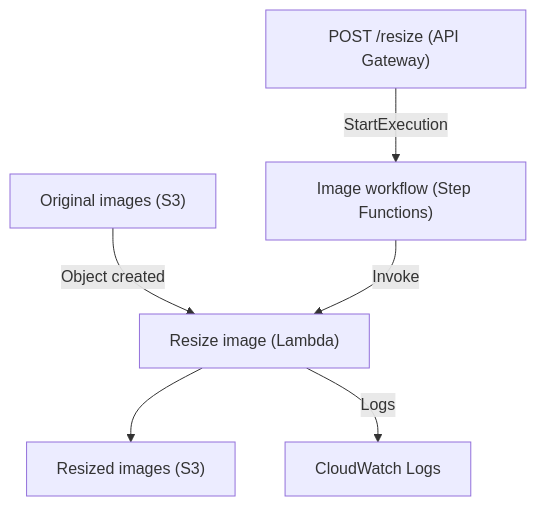
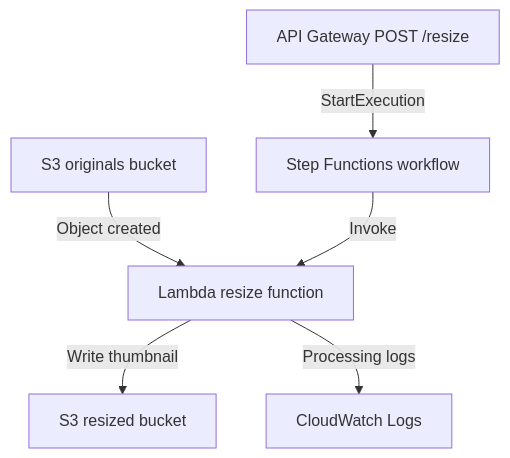
The diagram in README.md (Kiddo0916/bcaa-capstone), drawn with Mermaid before and after one commit. The commit also changed other lines of this file, not shown here.

First line of the commit message:
Revise README for clarity on image processing

````diff
--- a/README.md
+++ b/README.md
@@ -10,8 +10,8 @@
 ```mermaid
 flowchart TD
-    Original["Original images (S3)"] -->|Object created| Lambda["Resize image (Lambda)"]
-    API["POST /resize (API Gateway)"] -->|StartExecution| Workflow["Image workflow (Step Functions)"]
+    Original["S3 originals bucket"] -->|Object created| Lambda["Lambda resize function"]
+    API["API Gateway POST /resize"] -->|StartExecution| Workflow["Step Functions workflow"]
     Workflow -->|Invoke| Lambda
-    Lambda --> Resized["Resized images (S3)"]
-    Lambda -->|Logs| Logs["CloudWatch Logs"]
+    Lambda -->|Write thumbnail| Resized["S3 resized bucket"]
+    Lambda -->|Processing logs| Logs["CloudWatch Logs"]
 ```
````
